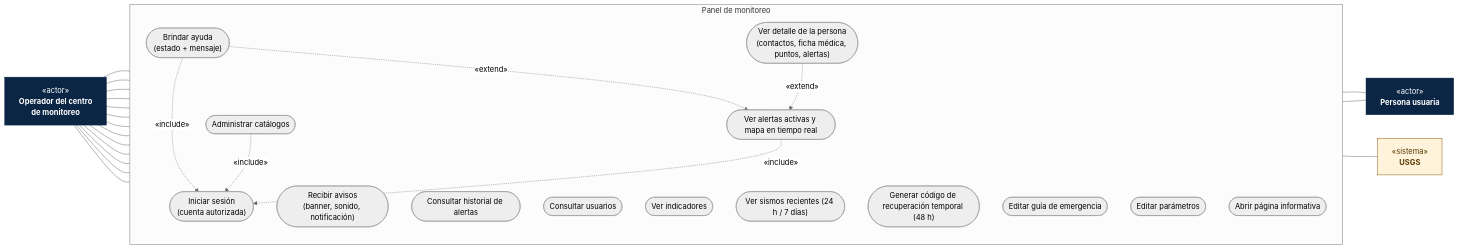
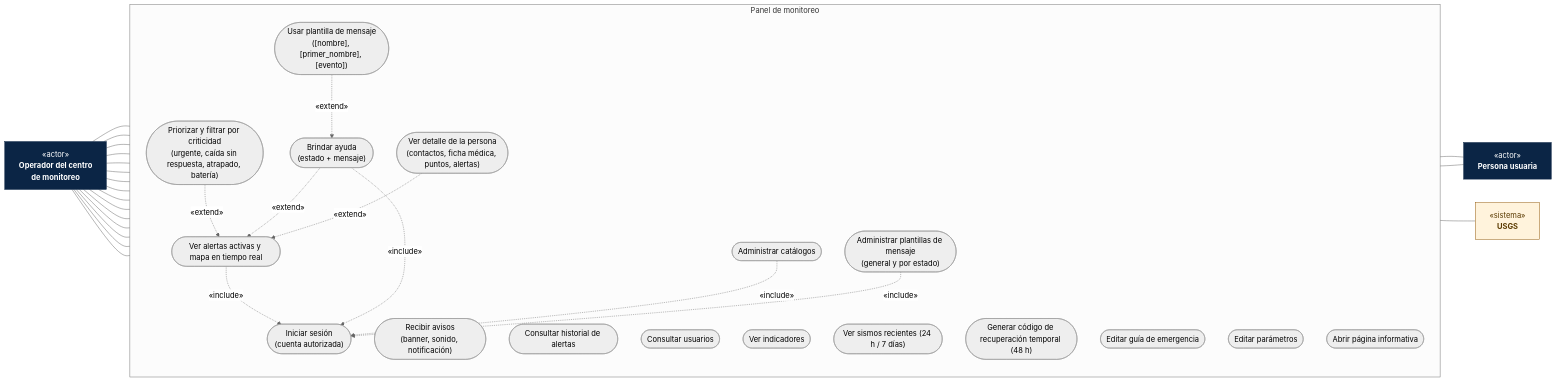
Before and after one commit to Davidhunter13/Sismo_front: the diagram in screenshots/segunda_entrega/diagramas/fuentes/1-uml-y-funcionales/01b-casos-de-uso-operador-centro-de-monitoreo.mmd, drawn with Mermaid (neutral theme). The commit also changed 97 other files, not shown here.

First line of the commit message:
feat: ayuda urgente, mensajes con formato, sismos con gráfica, Inicio que avisa qué falta y documentación por fases

```diff
--- a/screenshots/segunda_entrega/diagramas/fuentes/1-uml-y-funcionales/01b-casos-de-uso-operador-centro-de-monitoreo.mmd
+++ b/screenshots/segunda_entrega/diagramas/fuentes/1-uml-y-funcionales/01b-casos-de-uso-operador-centro-de-monitoreo.mmd
@@ -1,45 +1,53 @@
 %% title: Diagrama de casos de uso — Operador del centro de monitoreo (panel)
 flowchart LR
   O["«actor»<br/><b>Operador del centro<br/>de monitoreo</b>"]:::actor
   subgraph PANEL["Panel de monitoreo"]
     direction TB
     A1(["Iniciar sesión<br/>(cuenta autorizada)"])
     A2(["Ver alertas activas y mapa en tiempo real"])
     A3(["Recibir avisos<br/>(banner, sonido, notificación)"])
     A4(["Brindar ayuda<br/>(estado + mensaje)"])
     A5(["Ver detalle de la persona<br/>(contactos, ficha médica, puntos, alertas)"])
     A6(["Consultar historial de alertas"])
     A7(["Consultar usuarios"])
     A8(["Ver indicadores"])
     A9(["Ver sismos recientes (24 h / 7 días)"])
     A10(["Generar código de recuperación temporal (48 h)"])
     A11(["Administrar catálogos"])
     A12(["Editar guía de emergencia"])
     A13(["Editar parámetros"])
     A14(["Abrir página informativa"])
+    A15(["Usar plantilla de mensaje<br/>([nombre], [primer_nombre], [evento])"])
+    A16(["Administrar plantillas de mensaje<br/>(general y por estado)"])
+    A17(["Priorizar y filtrar por criticidad<br/>(urgente, caída sin respuesta, atrapado, batería)"])
   end
   P["«actor»<br/><b>Persona usuaria</b>"]:::actor
   U["«sistema»<br/><b>USGS</b>"]:::sys
   O --- A2
   O --- A3
   O --- A4
   O --- A5
   O --- A6
   O --- A7
   O --- A8
   O --- A9
   O --- A10
   O --- A11
   O --- A12
   O --- A13
   O --- A14
+  O --- A16
+  O --- A17
+  A17 -. «extend» .-> A2
   A2 -. «include» .-> A1
   A4 -. «include» .-> A1
   A11 -. «include» .-> A1
   A4 -. «extend» .-> A2
+  A15 -. «extend» .-> A4
+  A16 -. «include» .-> A1
   A5 -. «extend» .-> A2
   A4 --- P
   A10 --- P
   A9 --- U
   classDef actor fill:#0b2545,color:#fff,stroke:#0b2545
   classDef sys fill:#fff3dc,color:#5a3a00,stroke:#8f5300
```
